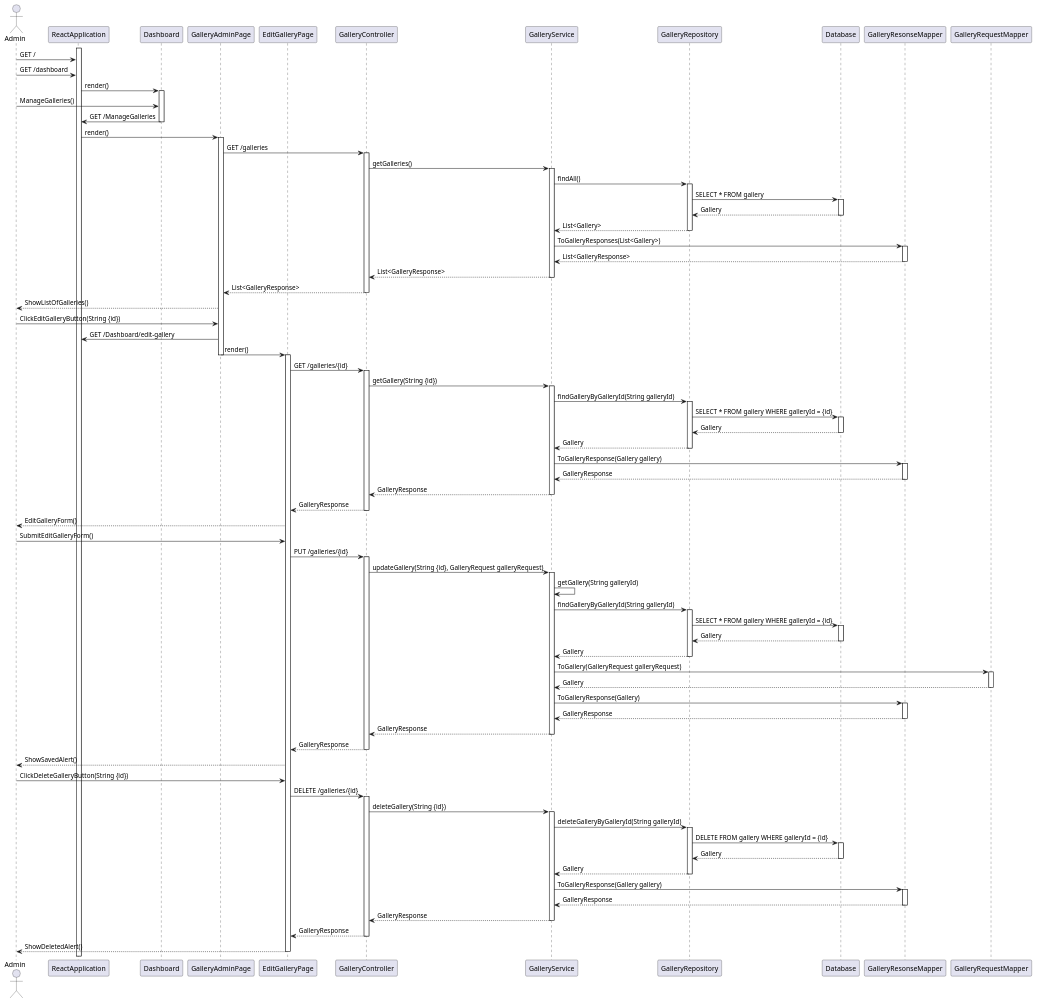
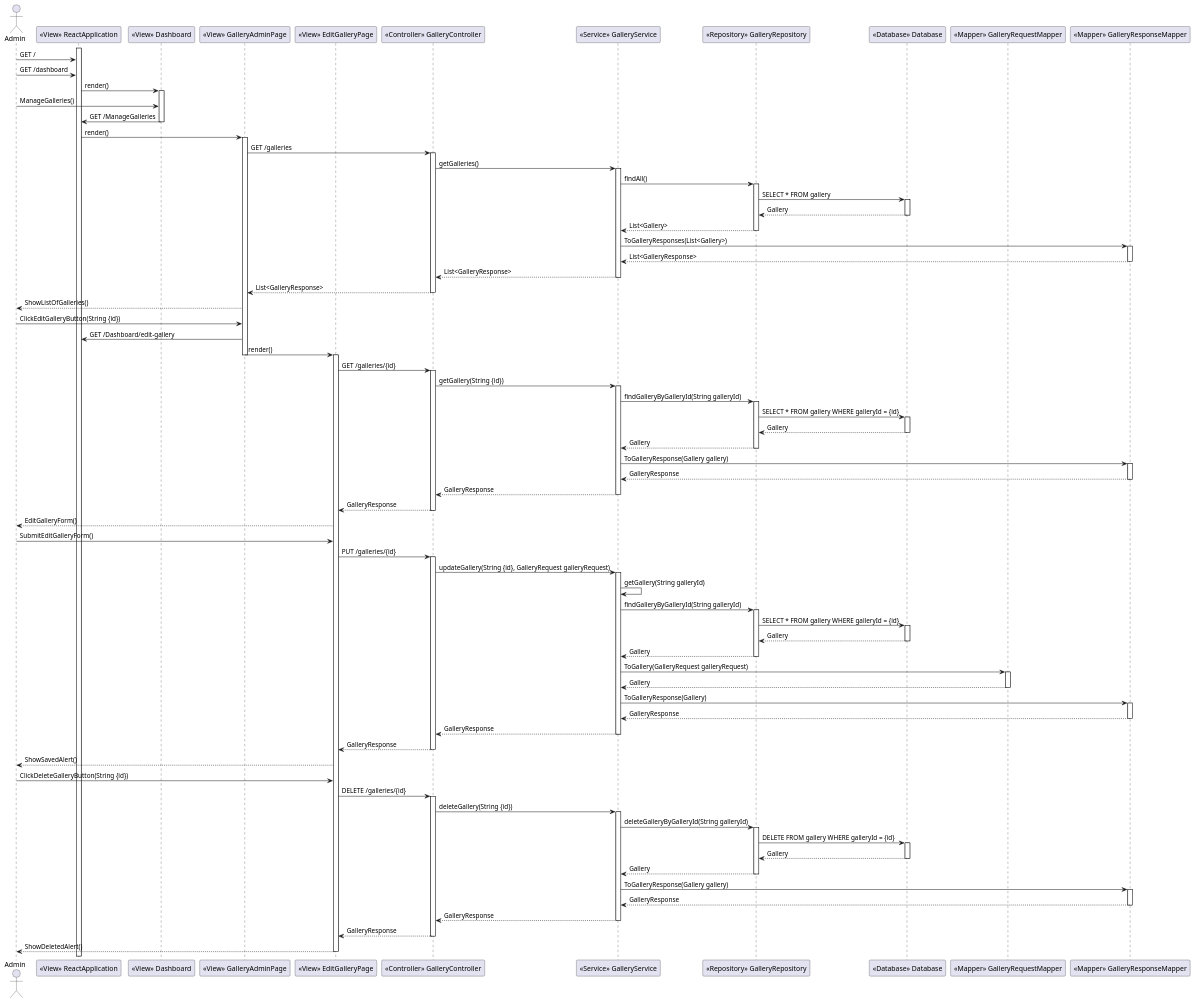
One commit to DylanBrass/Corso-Website changed the diagram in Sprint_1/View_Carousel/Design-lvl-SSD-Admin.puml. Above: the diagram before and after it, drawn with PlantUML. The commit also changed 13 other files, not shown here.

Commit message:
doc: use case diagrams

```diff
--- a/Sprint_1/View_Carousel/Design-lvl-SSD-Admin.puml
+++ b/Sprint_1/View_Carousel/Design-lvl-SSD-Admin.puml
@@ -2,23 +2,34 @@
 
 actor Admin 
 
+participant ReactApplication as "<<View>> ReactApplication"
 activate ReactApplication
 
 Admin -> ReactApplication : GET /
 
-participant Dashboard
+participant Dashboard as "<<View>> Dashboard"
 
-participant GalleryAdminPage
+participant GalleryAdminPage as "<<View>> GalleryAdminPage"
 
-participant EditGalleryPage
+participant EditGalleryPage as "<<View>> EditGalleryPage"
+
+participant GalleryController as "<<Controller>> GalleryController"
+
+participant GalleryService as "<<Service>> GalleryService"
+
+participant GalleryRepository as "<<Repository>> GalleryRepository"
+
+participant Database as "<<Database>> Database"
+
+participant GalleryRequestMapper as "<<Mapper>> GalleryRequestMapper"
+
+participant GalleryResponseMapper as "<<Mapper>> GalleryResponseMapper"
 
 Admin -> ReactApplication : GET /dashboard
 
 ReactApplication -> Dashboard : render()
 activate Dashboard
 Admin -> Dashboard : ManageGalleries()
-
-
 
 Dashboard -> ReactApplication : GET /ManageGalleries
 
@@ -51,12 +62,12 @@
 deactivate GalleryRepository
 
 
-GalleryService -> GalleryResonseMapper : ToGalleryResponses(List<Gallery>)
-activate GalleryResonseMapper
+GalleryService -> GalleryResponseMapper : ToGalleryResponses(List<Gallery>)
+activate GalleryResponseMapper
 
-GalleryResonseMapper --> GalleryService : List<GalleryResponse>
+GalleryResponseMapper --> GalleryService : List<GalleryResponse>
 
-deactivate GalleryResonseMapper
+deactivate GalleryResponseMapper
 
 GalleryService --> GalleryController : List<GalleryResponse>
 
@@ -107,12 +118,12 @@
     deactivate GalleryRepository
 
 
-    GalleryService -> GalleryResonseMapper : ToGalleryResponse(Gallery gallery)
-    activate GalleryResonseMapper
+    GalleryService -> GalleryResponseMapper : ToGalleryResponse(Gallery gallery)
+    activate GalleryResponseMapper
 
-    GalleryResonseMapper --> GalleryService : GalleryResponse
+    GalleryResponseMapper --> GalleryService : GalleryResponse
 
-    deactivate GalleryResonseMapper
+    deactivate GalleryResponseMapper
 
     GalleryService --> GalleryController : GalleryResponse
 
@@ -166,12 +177,12 @@
     
 
 
-    GalleryService -> GalleryResonseMapper : ToGalleryResponse(Gallery)
-    activate GalleryResonseMapper
+    GalleryService -> GalleryResponseMapper : ToGalleryResponse(Gallery)
+    activate GalleryResponseMapper
 
-    GalleryResonseMapper --> GalleryService : GalleryResponse
+    GalleryResponseMapper --> GalleryService : GalleryResponse
 
-    deactivate GalleryResonseMapper
+    deactivate GalleryResponseMapper
 
     GalleryService --> GalleryController : GalleryResponse
 
@@ -210,13 +221,13 @@
     deactivate GalleryRepository
 
 
-    GalleryService -> GalleryResonseMapper : ToGalleryResponse(Gallery gallery)
+    GalleryService -> GalleryResponseMapper : ToGalleryResponse(Gallery gallery)
 
-    activate GalleryResonseMapper
+    activate GalleryResponseMapper
 
-    GalleryResonseMapper --> GalleryService : GalleryResponse
+    GalleryResponseMapper --> GalleryService : GalleryResponse
 
-    deactivate GalleryResonseMapper
+    deactivate GalleryResponseMapper
 
     GalleryService --> GalleryController : GalleryResponse
 
@@ -231,15 +242,4 @@
 
     deactivate EditGalleryPage
 
-
-
-
-
-
-
-
-
-
-
-
 @endpuml
```
